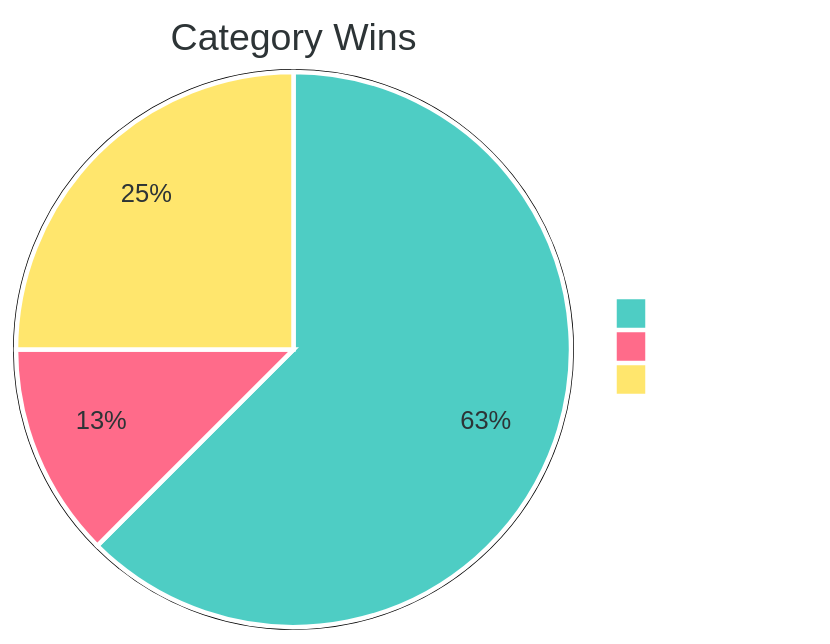
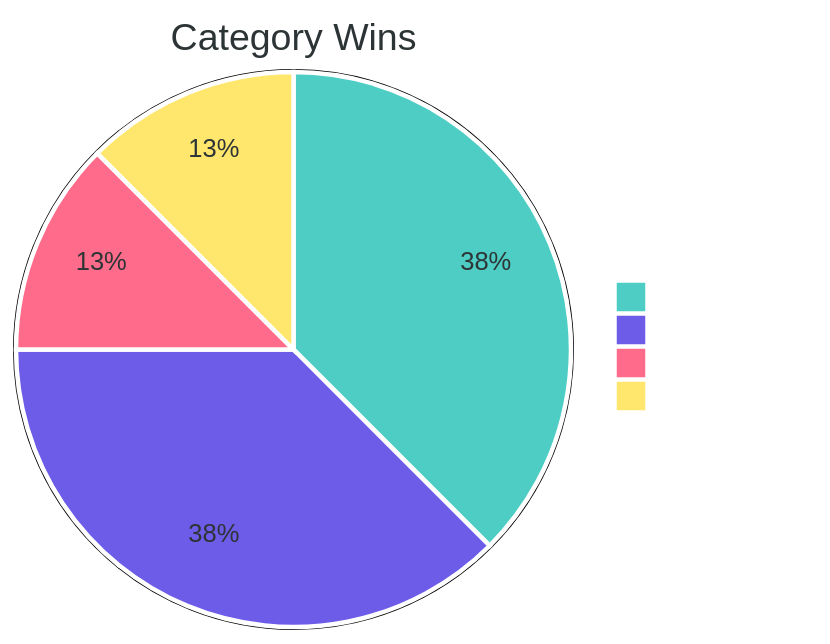
Before and after one commit to vunvulear/speckit-assessment: the third of 5 diagrams in comparison-report.md, drawn with Mermaid. The commit also changed other lines of this file and 567 other files, not shown here.

````diff
--- a/comparison-report.md
+++ b/comparison-report.md
@@ -77,7 +80,8 @@
 ```mermaid
-%%{init: {'theme': 'neutral', 'themeVariables': {'pie1': '#4ECDC4', 'pie2': '#FF6B8A', 'pie3': '#FFE66D', 'pieStrokeColor': '#ffffff', 'pieStrokeWidth': '3px', 'pieOpacity': '1', 'pieTitleTextColor': '#2D3436', 'pieSectionTextColor': '#2D3436', 'pieLegendTextColor': '#ffffff', 'cScale0': '#4ECDC4', 'cScale1': '#FF6B8A', 'cScale2': '#FFE66D', 'primaryTextColor': '#2D3436', 'secondaryTextColor': '#2D3436', 'background': '#ffffff', 'mainBkg': '#ffffff', 'secondBkg': '#ffffff', 'nodeBkg': '#ffffff', 'nodeBorder': '#ffffff'}}}%%
+%%{init: {'theme': 'neutral', 'themeVariables': {'pie1': '#4ECDC4', 'pie2': '#6C5CE7', 'pie3': '#FF6B8A', 'pie4': '#FFE66D', 'pieStrokeColor': '#ffffff', 'pieStrokeWidth': '3px', 'pieOpacity': '1', 'pieTitleTextColor': '#2D3436', 'pieSectionTextColor': '#2D3436', 'pieLegendTextColor': '#ffffff', 'cScale0': '#4ECDC4', 'cScale1': '#6C5CE7', 'cScale2': '#FF6B8A', 'cScale3': '#FFE66D', 'primaryTextColor': '#2D3436', 'secondaryTextColor': '#2D3436', 'background': '#ffffff', 'mainBkg': '#ffffff', 'secondBkg': '#ffffff', 'nodeBkg': '#ffffff', 'nodeBorder': '#ffffff'}}}%%
 pie title Category Wins
-    "Extensions (5)" : 5
+    "Extensions (3)" : 3
+    "BMAD (3)" : 3
     "SpecKit (1)" : 1
-    "Tie (2)" : 2
+    "3-way Tie (1)" : 1
 ```
````
